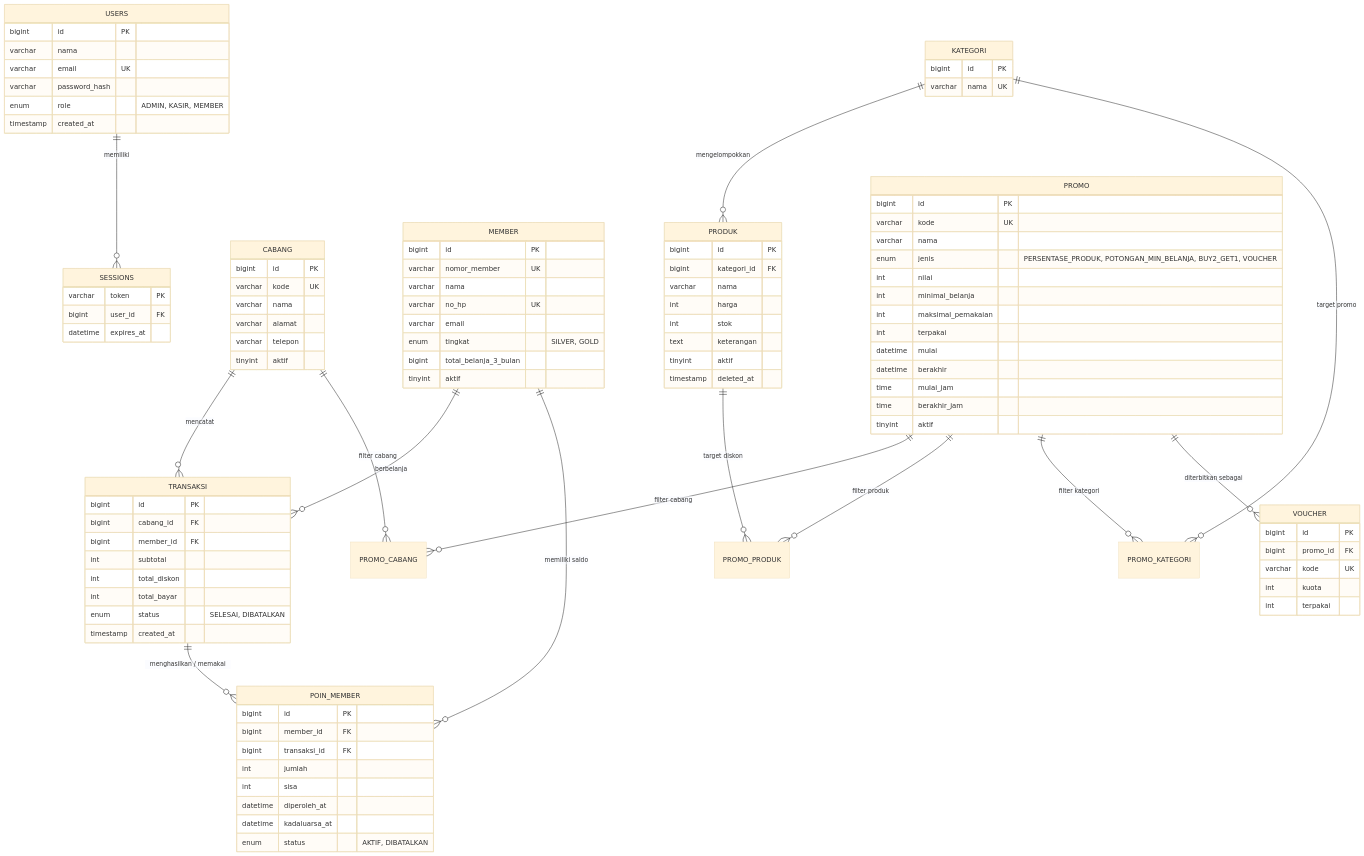
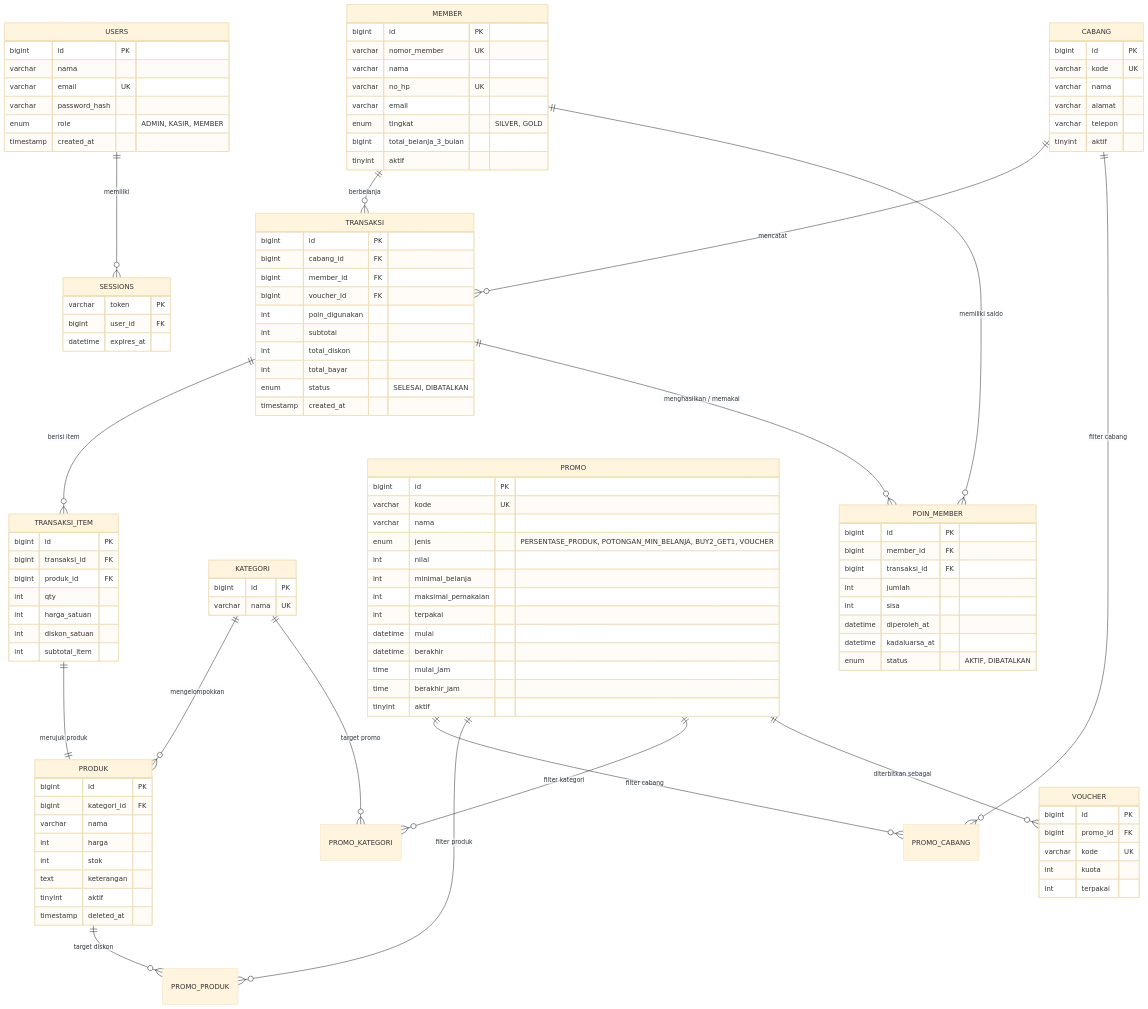
One commit to bilaaah/SeduhPoin changed the diagram in README.md. Above: the diagram before and after it, drawn with Mermaid (base theme). The commit also changed other lines of this file and 1 other file, not shown here.

Commit message:
feat(db & docs): tambah tabel transaksi_item, kolom voucher_id & poin_digunakan, dan panduan Git alur dev→main

```diff
--- a/README.md
+++ b/README.md
@@ -132,6 +132,8 @@
     PROMO ||--o{ PROMO_PRODUK : "filter produk"
     PROMO ||--o{ PROMO_KATEGORI : "filter kategori"
     PROMO ||--o{ VOUCHER : "diterbitkan sebagai"
+    TRANSAKSI ||--o{ TRANSAKSI_ITEM : "berisi item"
+    TRANSAKSI_ITEM ||--|| PRODUK : "merujuk produk"
     TRANSAKSI ||--o{ POIN_MEMBER : "menghasilkan / memakai"
 
     USERS {
@@ -213,11 +215,23 @@
         bigint id PK
         bigint cabang_id FK
         bigint member_id FK
+        bigint voucher_id FK
+        int poin_digunakan
         int subtotal
         int total_diskon
         int total_bayar
         enum status "SELESAI, DIBATALKAN"
         timestamp created_at
+    }
+
+    TRANSAKSI_ITEM {
+        bigint id PK
+        bigint transaksi_id FK
+        bigint produk_id FK
+        int qty
+        int harga_satuan
+        int diskon_satuan
+        int subtotal_item
     }
 
     POIN_MEMBER {
```
